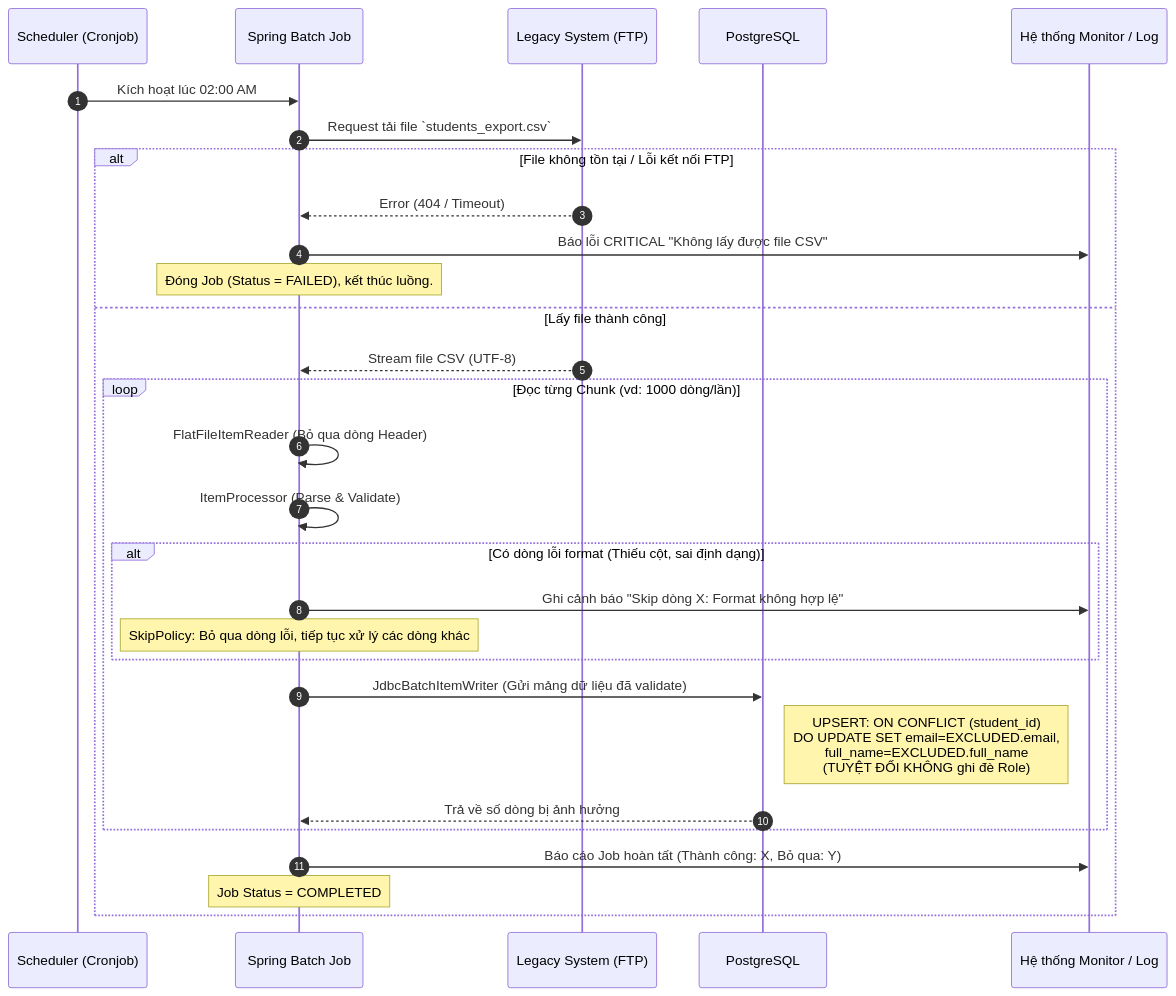
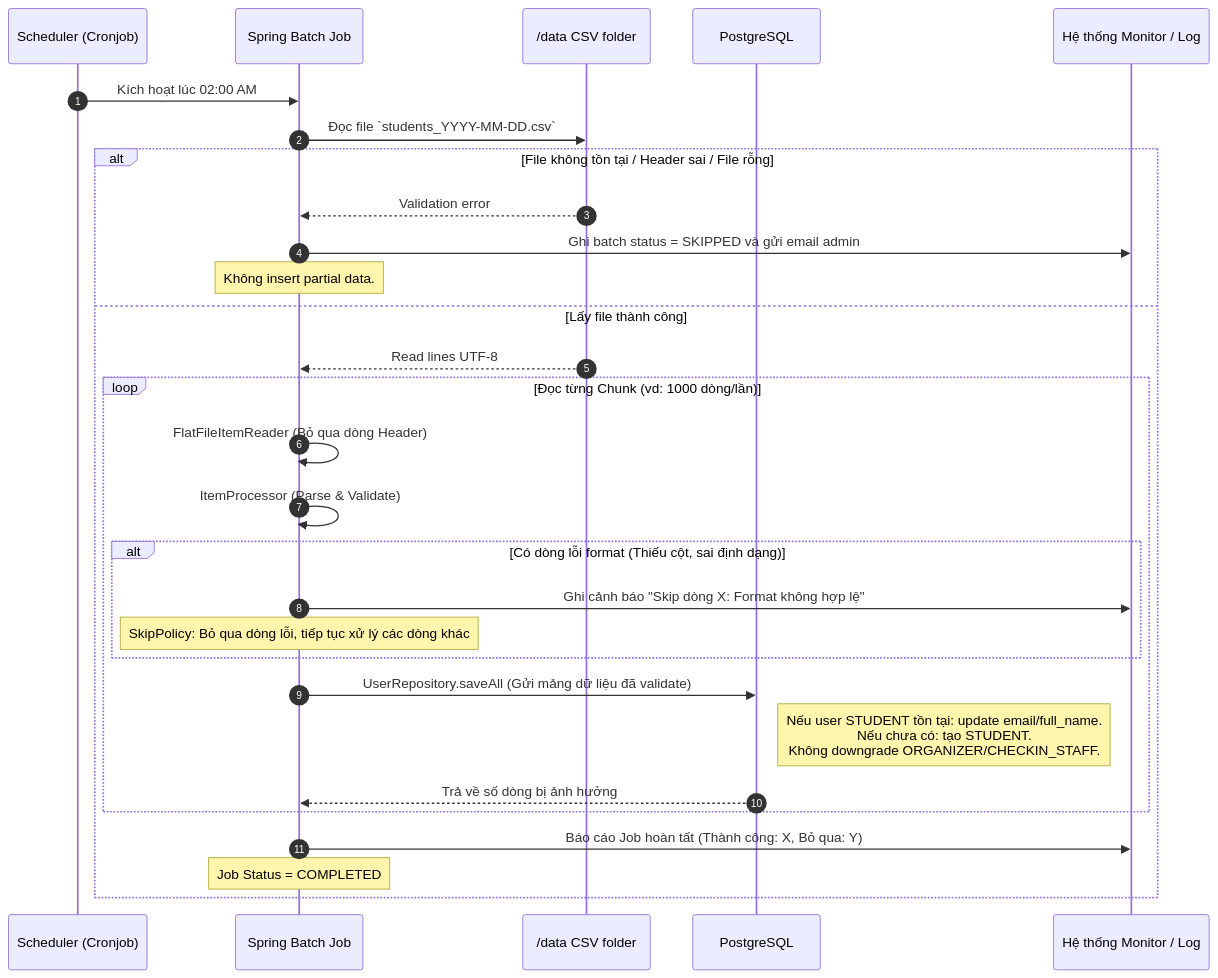
Before and after one commit to nvkhai238/UNIHUB: the fifth of 5 diagrams in blueprint/design.md, drawn with Mermaid. The commit also changed other lines of this file and 12 other files, not shown here.

````diff
--- a/blueprint/design.md
+++ b/blueprint/design.md
@@ -742,37 +889,37 @@
 ```mermaid
 sequenceDiagram
   autonumber
   participant Cron as Scheduler (Cronjob)
   participant Worker as Spring Batch Job
-  participant FTP as Legacy System (FTP)
+  participant CSV as /data CSV folder
   participant DB as PostgreSQL
   participant Log as Hệ thống Monitor / Log
 
   Cron->>Worker: Kích hoạt lúc 02:00 AM
-  Worker->>FTP: Request tải file `students_export.csv`
+  Worker->>CSV: Đọc file `students_YYYY-MM-DD.csv`
 
-  alt File không tồn tại / Lỗi kết nối FTP
-    FTP-->>Worker: Error (404 / Timeout)
-    Worker->>Log: Báo lỗi CRITICAL "Không lấy được file CSV"
-    Note over Worker: Đóng Job (Status = FAILED), kết thúc luồng.
+  alt File không tồn tại / Header sai / File rỗng
+    CSV-->>Worker: Validation error
+    Worker->>Log: Ghi batch status = SKIPPED và gửi email admin
+    Note over Worker: Không insert partial data.
   else Lấy file thành công
-    FTP-->>Worker: Stream file CSV (UTF-8)
+    CSV-->>Worker: Read lines UTF-8
 
     loop Đọc từng Chunk (vd: 1000 dòng/lần)
       Worker->>Worker: FlatFileItemReader (Bỏ qua dòng Header)
       Worker->>Worker: ItemProcessor (Parse & Validate)
 
       alt Có dòng lỗi format (Thiếu cột, sai định dạng)
         Worker->>Log: Ghi cảnh báo "Skip dòng X: Format không hợp lệ"
         Note over Worker: SkipPolicy: Bỏ qua dòng lỗi, tiếp tục xử lý các dòng khác
       end
 
-      Worker->>DB: JdbcBatchItemWriter (Gửi mảng dữ liệu đã validate)
-      Note right of DB: UPSERT: ON CONFLICT (student_id) <br/> DO UPDATE SET email=EXCLUDED.email, <br/> full_name=EXCLUDED.full_name <br/> (TUYỆT ĐỐI KHÔNG ghi đè Role)
+      Worker->>DB: UserRepository.saveAll (Gửi mảng dữ liệu đã validate)
+      Note right of DB: Nếu user STUDENT tồn tại: update email/full_name.<br/>Nếu chưa có: tạo STUDENT.<br/>Không downgrade ORGANIZER/CHECKIN_STAFF.
       DB-->>Worker: Trả về số dòng bị ảnh hưởng
     end
 
     Worker->>Log: Báo cáo Job hoàn tất (Thành công: X, Bỏ qua: Y)
     Note over Worker: Job Status = COMPLETED
   end
 ```
````
